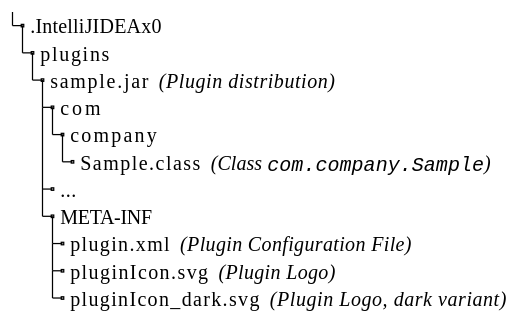
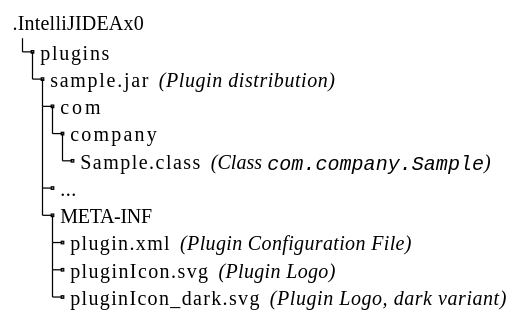
The first of 2 diagrams in topics/basics/plugin_structure/plugin_content.md (JetBrains/intellij-sdk-docs), drawn with PlantUML before and after one commit. The commit also changed other lines of this file, not shown here.

Commit message:
plugin_content.md: adjust root node in trees

````diff
--- a/topics/basics/plugin_structure/plugin_content.md
+++ b/topics/basics/plugin_structure/plugin_content.md
@@ -24,22 +24,23 @@
 ```plantuml
 @startuml
 
 skinparam TitleFontName JetBrains Sans
 skinparam TitleFontStyle plain
 skinparam TitleFontSize 16
+skinparam DefaultTextAlignment left
 
 title
-|_ .IntelliJIDEAx0
+  .IntelliJIDEAx0
   |_ plugins
     |_ sample.jar // (Plugin distribution) //
       |_ com
         |_ company
           |_ Sample.class // (Class ""com.company.Sample"") //
       |_ ...
       |_ META-INF
         |_ plugin.xml // (Plugin Configuration File) //
         |_ pluginIcon.svg // (Plugin Logo) //
         |_ pluginIcon_dark.svg // (Plugin Logo, dark variant) //
 end title
 @enduml
 ```
````
